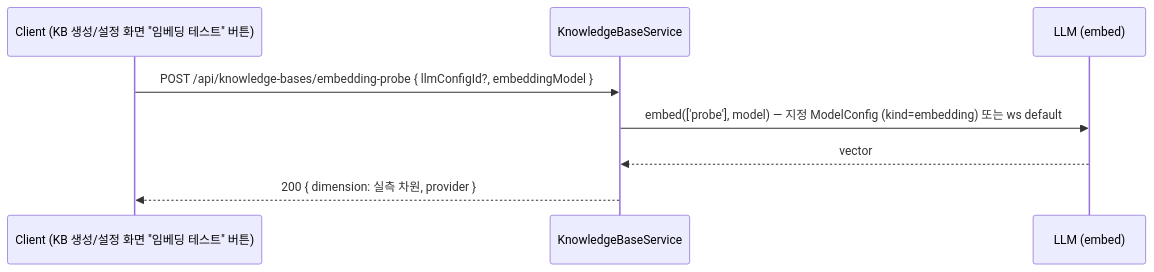
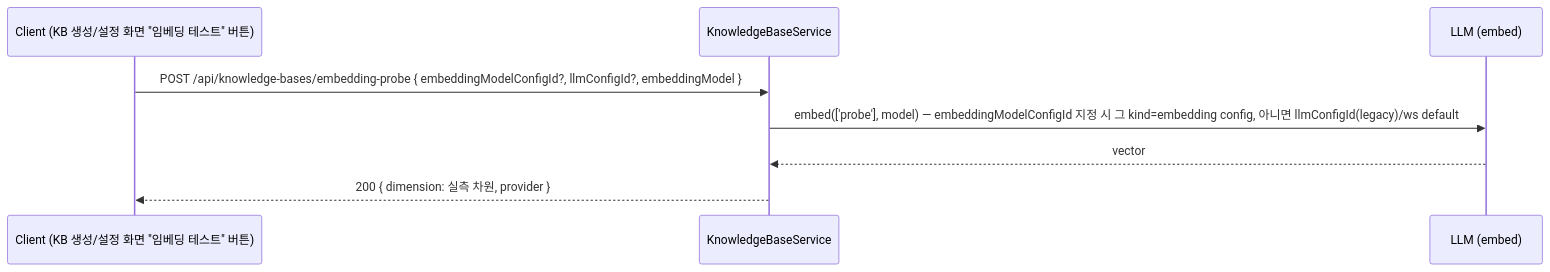
The fifth of 6 diagrams in spec/data-flow/6-knowledge-base.md (worker-ants/clemvion), drawn with Mermaid before and after one commit. The commit also changed 1 other file, not shown here.

Commit message:
docs(spec): KB 임베딩 단일 select 정합 — R-1 운영고려 재작성 + probe body 갱신
PR-A 구현 정합. §5.5(config.defaultModel 소유)와 R-1 의 2단계 '모델 불러오기' 힌트 충돌 해소.
- 5-knowledge-base.md R-1 운영고려: 단일 select(모델 sub-select 없음) + provider-down 시 config 선택 무영향 명확화
- data-flow/6-knowledge-base.md probe body: embeddingModelConfigId 추가

````diff
--- a/spec/data-flow/6-knowledge-base.md
+++ b/spec/data-flow/6-knowledge-base.md
@@ -225,11 +225,11 @@
 ```mermaid
 sequenceDiagram
   participant C as Client (KB 생성/설정 화면 "임베딩 테스트" 버튼)
   participant Svc as KnowledgeBaseService
   participant LLM as LLM (embed)
 
-  C->>Svc: POST /api/knowledge-bases/embedding-probe { llmConfigId?, embeddingModel }
-  Svc->>LLM: embed(['probe'], model) — 지정 ModelConfig (kind=embedding) 또는 ws default
+  C->>Svc: POST /api/knowledge-bases/embedding-probe { embeddingModelConfigId?, llmConfigId?, embeddingModel }
+  Svc->>LLM: embed(['probe'], model) — embeddingModelConfigId 지정 시 그 kind=embedding config, 아니면 llmConfigId(legacy)/ws default
   LLM-->>Svc: vector
   Svc-->>C: 200 { dimension: 실측 차원, provider }
 ```
````
